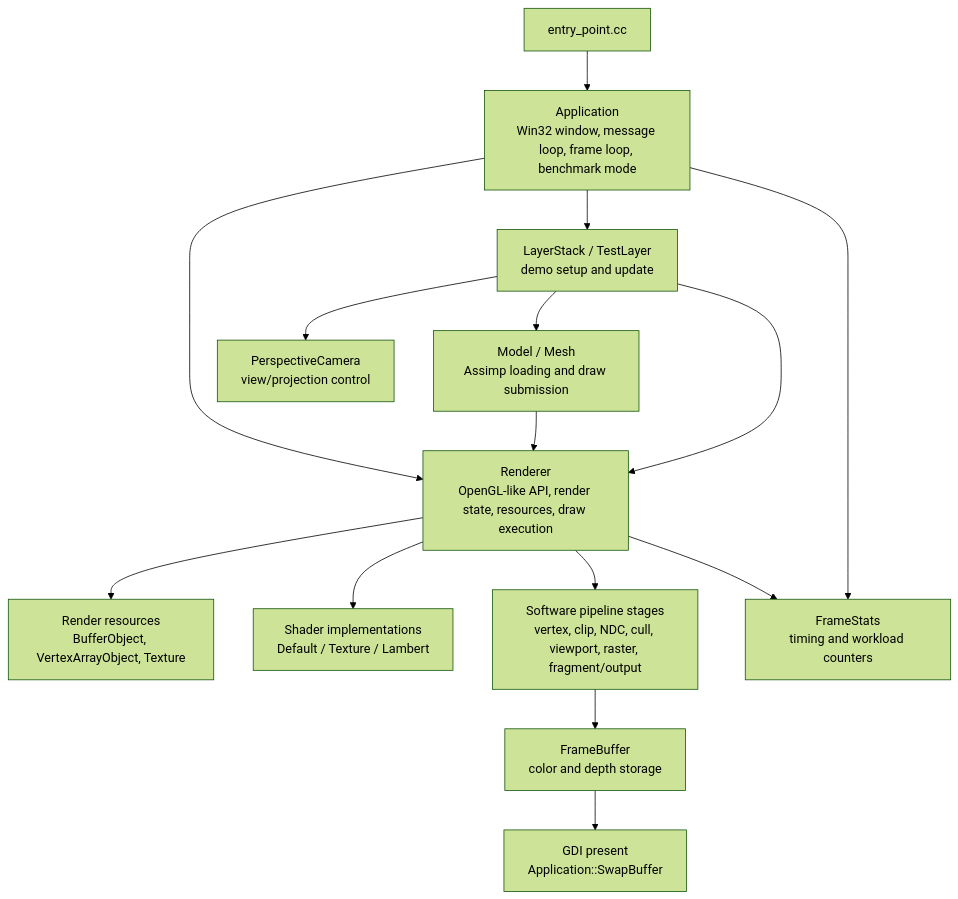
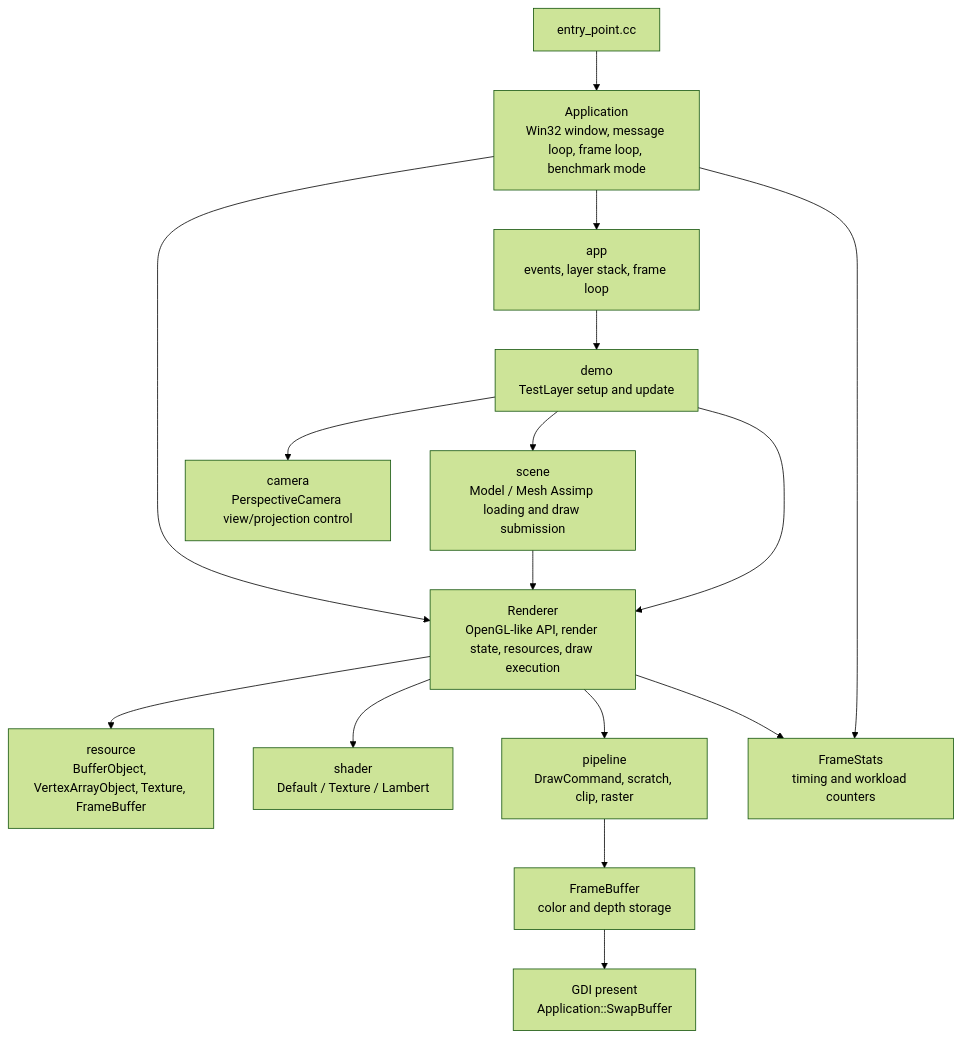
The first of 6 diagrams in docs/ARCHITECTURE.md (hangge1/DragonRenderer), drawn with Mermaid (forest theme) before and after one commit. The commit also changed other lines of this file and 38 other files, not shown here.

````diff
--- a/docs/ARCHITECTURE.md
+++ b/docs/ARCHITECTURE.md
@@ -9,30 +9,32 @@
 ```mermaid
 flowchart TB
     Entry["entry_point.cc"]
     App["Application<br/>Win32 window, message loop, frame loop, benchmark mode"]
     Renderer["Renderer<br/>OpenGL-like API, render state, resources, draw execution"]
-    Layers["LayerStack / TestLayer<br/>demo setup and update"]
-    Camera["PerspectiveCamera<br/>view/projection control"]
-    Model["Model / Mesh<br/>Assimp loading and draw submission"]
-    Shader["Shader implementations<br/>Default / Texture / Lambert"]
-    Resources["Render resources<br/>BufferObject, VertexArrayObject, Texture"]
-    Pipeline["Software pipeline stages<br/>vertex, clip, NDC, cull, viewport, raster, fragment/output"]
+    AppLayer["app<br/>events, layer stack, frame loop"]
+    Demo["demo<br/>TestLayer setup and update"]
+    Camera["camera<br/>PerspectiveCamera view/projection control"]
+    Model["scene<br/>Model / Mesh Assimp loading and draw submission"]
+    Shader["shader<br/>Default / Texture / Lambert"]
+    Resources["resource<br/>BufferObject, VertexArrayObject, Texture, FrameBuffer"]
+    Pipeline["pipeline<br/>DrawCommand, scratch, clip, raster"]
     FrameBuffer["FrameBuffer<br/>color and depth storage"]
     Present["GDI present<br/>Application::SwapBuffer"]
     Stats["FrameStats<br/>timing and workload counters"]
 
     Entry --> App
     App --> Renderer
-    App --> Layers
-    Layers --> Camera
-    Layers --> Model
-    Layers --> Renderer
+    App --> AppLayer
+    AppLayer --> Demo
+    Demo --> Camera
+    Demo --> Model
+    Demo --> Renderer
     Model --> Renderer
     Renderer --> Resources
     Renderer --> Shader
     Renderer --> Pipeline
     Pipeline --> FrameBuffer
     Renderer --> Stats
     App --> Stats
     FrameBuffer --> Present
 ```
````
